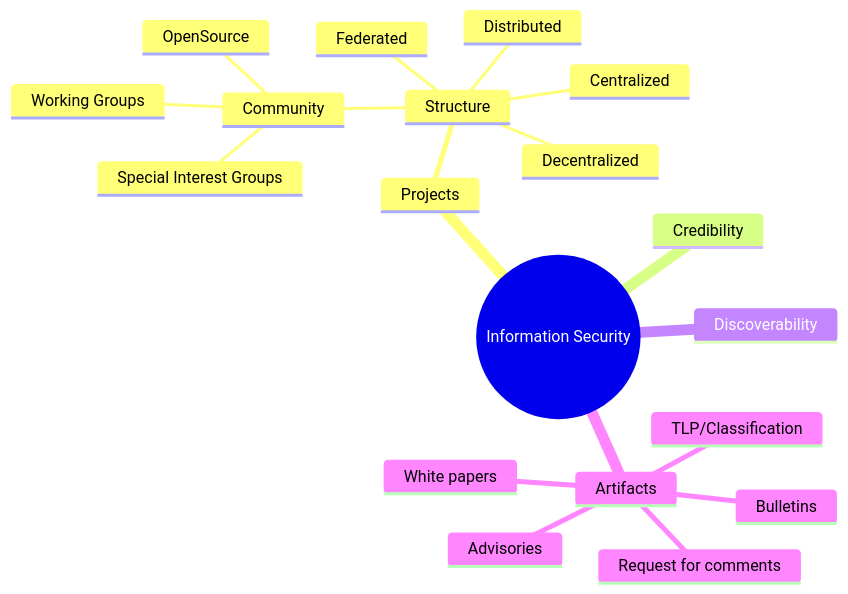
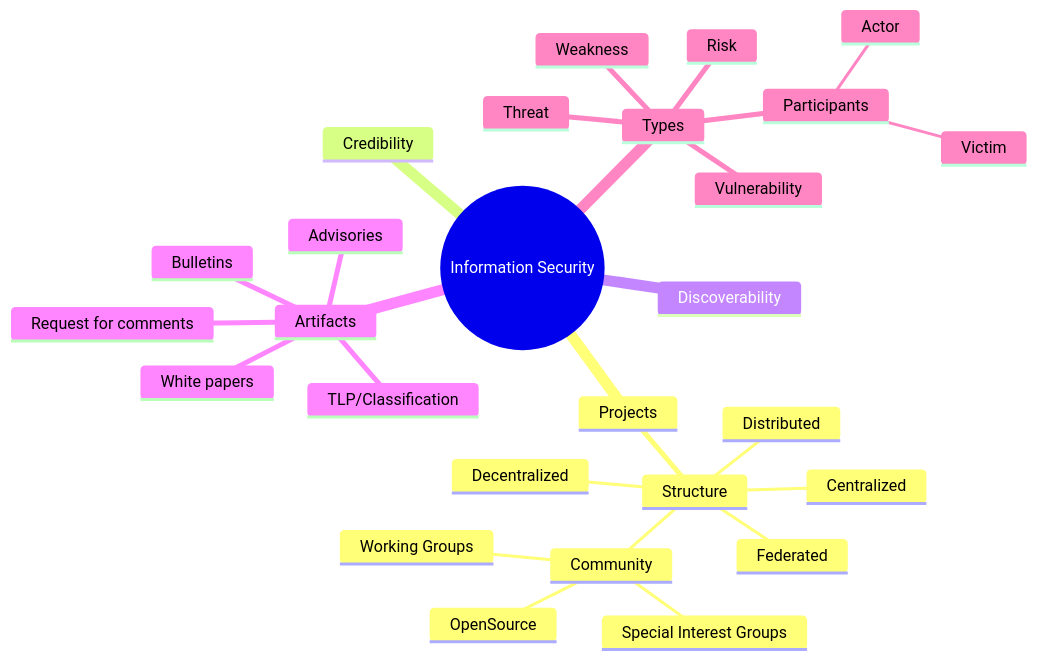
Before and after one commit to kurtseifried/wardley-maps: the diagram in security/security-information-projects.md, drawn with Mermaid.

````diff
--- a/security/security-information-projects.md
+++ b/security/security-information-projects.md
@@ -1,24 +1,31 @@
 ```mermaid
 mindmap
   root((Information Security))
     Projects
       Structure
         Centralized
         Decentralized
         Federated
         Distributed
         Community
           OpenSource
           Working Groups
           Special Interest Groups
     Credibility
     Discoverability
     Artifacts
       White papers
       Request for comments
       Advisories
       Bulletins
       TLP/Classification
-    
-
+    Types
+      Vulnerability
+      Threat
+      Risk
+      Weakness
+      Participants
+        Actor
+        Victim
+        
 ```
````
